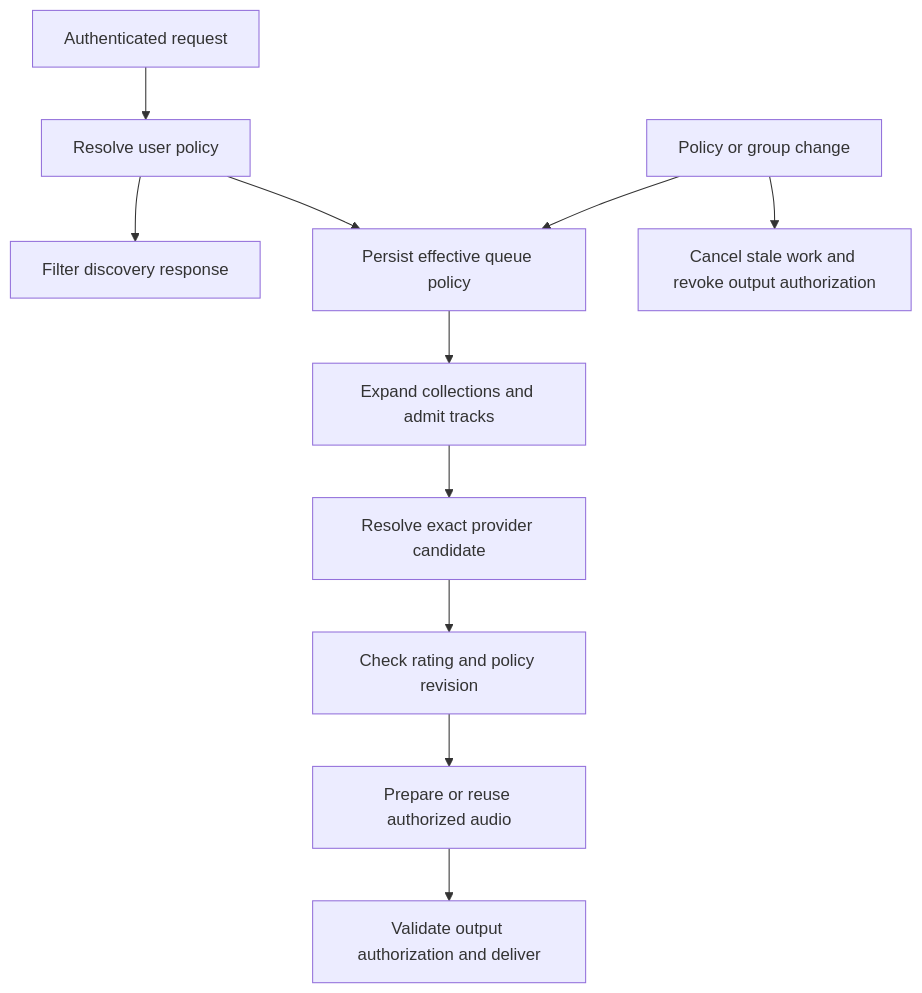
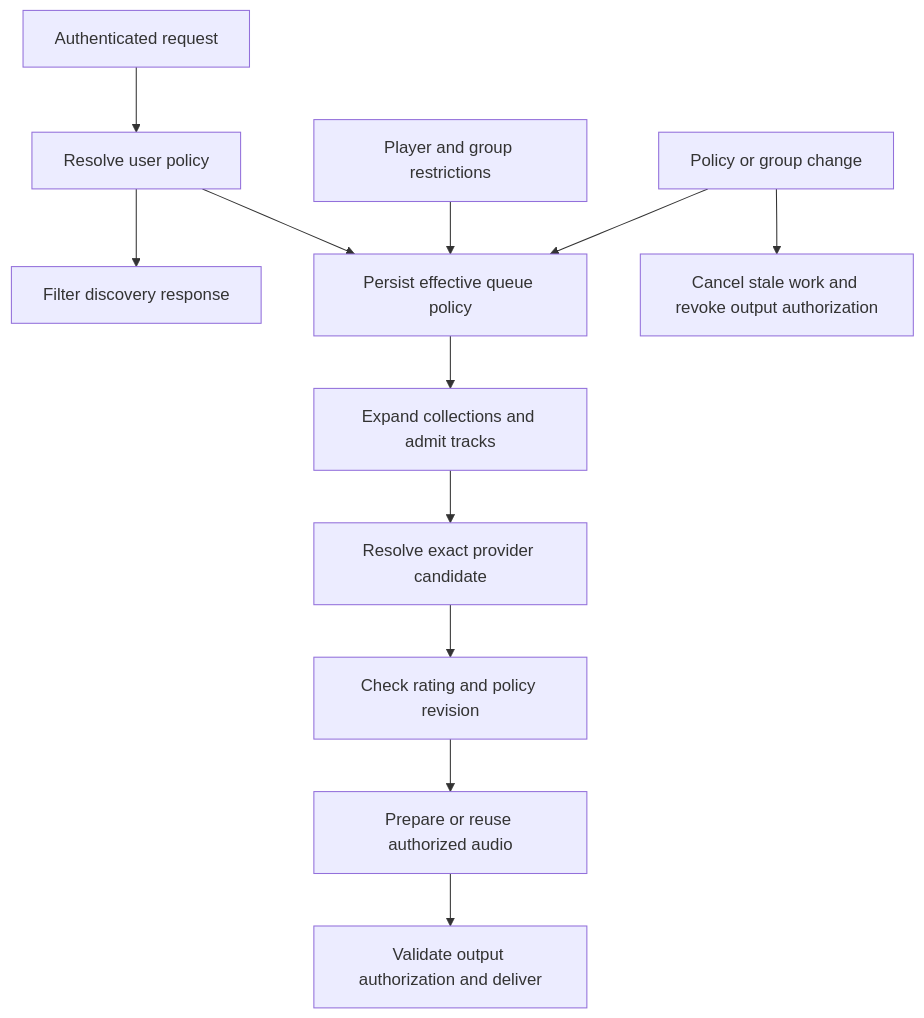
Before and after one commit to kidhasmoxy/server: the diagram in docs/design/per-user-content-policy.md, drawn with Mermaid. The commit also changed other lines of this file and 1 other file, not shown here.

Commit message:
docs: add player policy and Apple-first performance and rollout plan

````diff
--- a/docs/design/per-user-content-policy.md
+++ b/docs/design/per-user-content-policy.md
@@ -124,13 +134,14 @@
 ```mermaid
 flowchart TD
   A[Authenticated request] --> U[Resolve user policy]
   U --> D[Filter discovery response]
   U --> Q[Persist effective queue policy]
+  S[Player and group restrictions] --> Q
   Q --> C[Expand collections and admit tracks]
   C --> R[Resolve exact provider candidate]
   R --> V[Check rating and policy revision]
   V --> B[Prepare or reuse authorized audio]
   B --> O[Validate output authorization and deliver]
   P[Policy or group change] --> Q
   P --> X[Cancel stale work and revoke output authorization]
 ```
````
